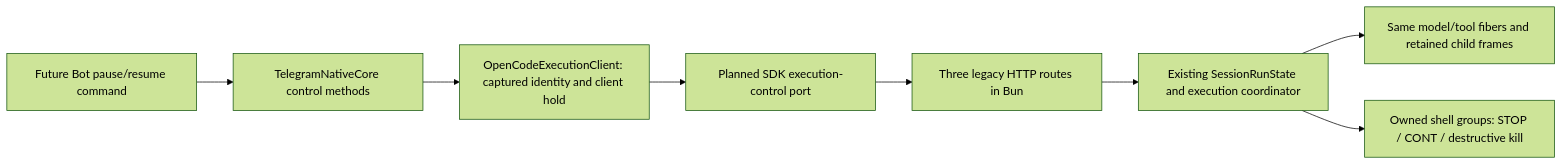
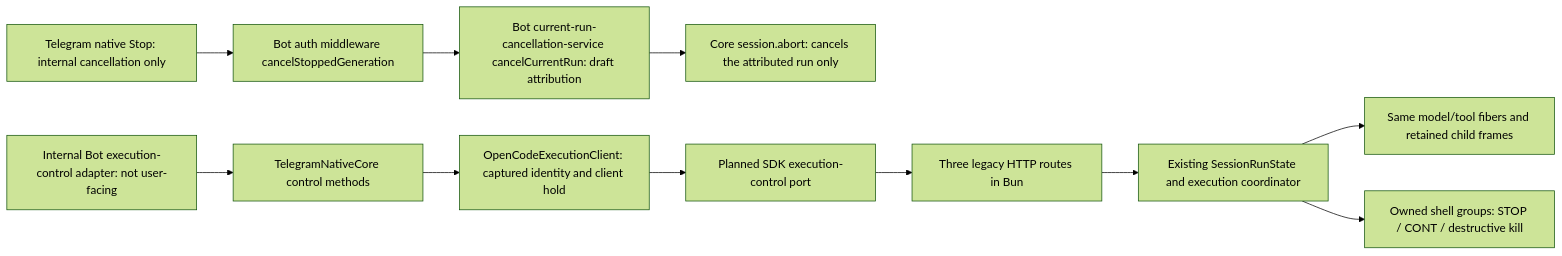
Before and after one commit to aminsh35322088-ctrl/opencode-telegram-core: the diagram in docs/TELEGRAM_EXECUTION_CONTROL.md, drawn with Mermaid (forest theme). The commit also changed other lines of this file and 4 other files, not shown here.

Commit message:
docs: align execution-control documentation with the Stop-only decision

````diff
--- a/docs/TELEGRAM_EXECUTION_CONTROL.md
+++ b/docs/TELEGRAM_EXECUTION_CONTROL.md
@@ -41,10 +75,13 @@
 ```mermaid
 flowchart LR
-  B[Future Bot pause/resume command] --> N[TelegramNativeCore control methods]
+  S[Telegram native Stop: internal cancellation only] --> A[Bot auth middleware cancelStoppedGeneration]
+  A --> CCR[Bot current-run-cancellation-service cancelCurrentRun: draft attribution]
+  CCR --> AB[Core session.abort: cancels the attributed run only]
+  B[Internal Bot execution-control adapter: not user-facing] --> N[TelegramNativeCore control methods]
   N --> C[OpenCodeExecutionClient: captured identity and client hold]
   C --> P[Planned SDK execution-control port]
   P --> H[Three legacy HTTP routes in Bun]
   H --> R[Existing SessionRunState and execution coordinator]
   R --> F[Same model/tool fibers and retained child frames]
-  R --> S[Owned shell groups: STOP / CONT / destructive kill]
+  R --> S2[Owned shell groups: STOP / CONT / destructive kill]
 ```
````
